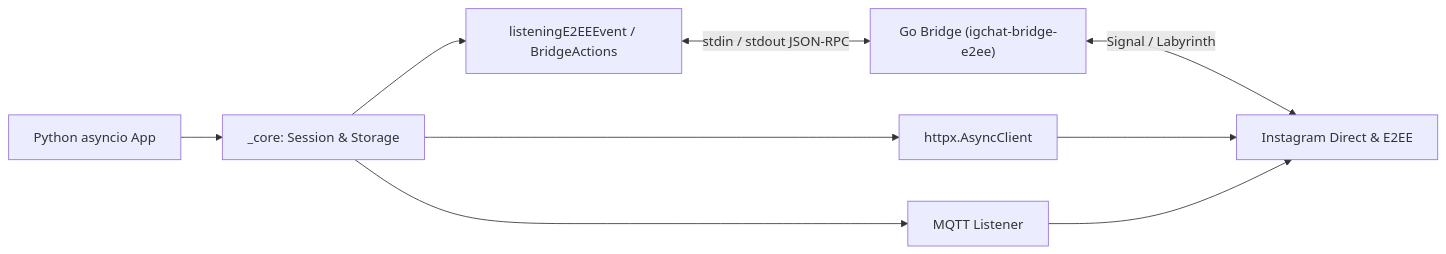
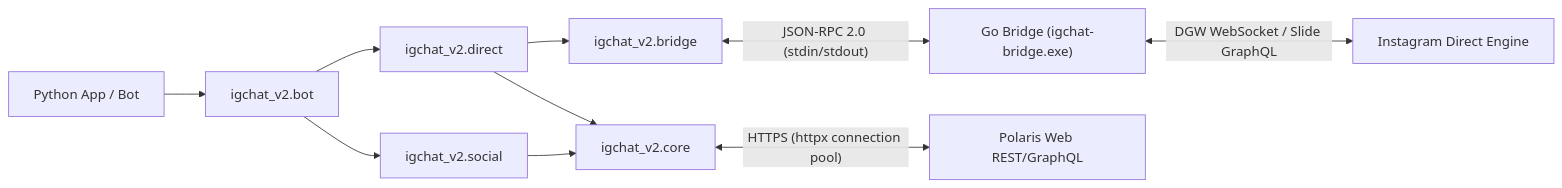
One commit to 0xshijn/igchat-v2 changed the diagram in README_EN.md. Above: the diagram before and after it, drawn with Mermaid. The commit also changed other lines of this file and 246 other files, not shown here.

First line of the commit message:
feat: rebuild genuine Instagram Direct & Polaris GraphQL v3.0.0 architecture

````diff
--- a/README_EN.md
+++ b/README_EN.md
@@ -59,11 +77,14 @@
 ```mermaid
 flowchart LR
-    App["Python asyncio App"] --> Core["_core: Session & Storage"]
-    Core --> HTTP["httpx.AsyncClient"]
-    Core --> MQTT["MQTT Listener"]
-    Core --> BridgePy["listeningE2EEEvent / BridgeActions"]
-    BridgePy <-->|"stdin / stdout JSON-RPC"| BridgeGo["Go Bridge (igchat-bridge-e2ee)"]
-    BridgeGo <-->|"Signal / Labyrinth"| IG["Instagram Direct & E2EE"]
-    HTTP --> IG
-    MQTT --> IG
+    App["Python App / Bot"] --> BotMod["igchat_v2.bot"]
+    BotMod --> DirectMod["igchat_v2.direct"]
+    BotMod --> SocialMod["igchat_v2.social"]
+
+    DirectMod --> BridgeMod["igchat_v2.bridge"]
+    DirectMod --> CoreMod["igchat_v2.core"]
+    SocialMod --> CoreMod
+    
+    BridgeMod <-->|"JSON-RPC 2.0 (stdin/stdout)"| BridgeGo["Go Bridge (igchat-bridge.exe)"]
+    BridgeGo <-->|"DGW WebSocket / Slide GraphQL"| IGDirect["Instagram Direct Engine"]
+    CoreMod <-->|"HTTPS (httpx connection pool)"| IGRest["Polaris Web REST/GraphQL"]
 ```
````
